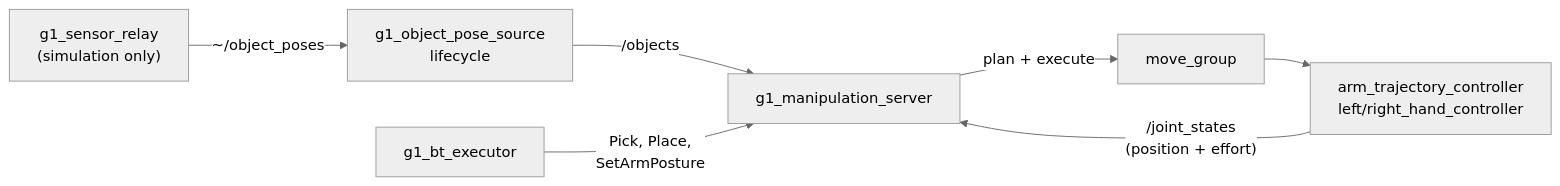
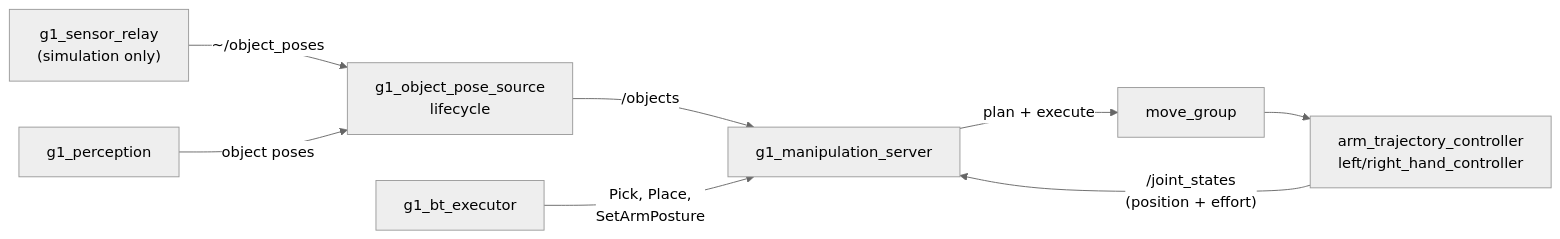
One commit to Adyansh04/grove-g1 changed the diagram in workspace/src/g1_manipulation/README.md. Above: the diagram before and after it, drawn with Mermaid (neutral theme). The commit also changed other lines of this file and 11 other files, not shown here.

````diff
--- a/workspace/src/g1_manipulation/README.md
+++ b/workspace/src/g1_manipulation/README.md
@@ -8,9 +6,10 @@
 ```mermaid
 flowchart LR
     REL["g1_sensor_relay<br/>(simulation only)"] -- "~/object_poses" --> SRC
+    PER["g1_perception"] -- "object poses" --> SRC
     SRC["g1_object_pose_source<br/>lifecycle"] -- "/objects" --> SRV
     BT["g1_bt_executor"] -- "Pick, Place,<br/>SetArmPosture" --> SRV
     SRV["g1_manipulation_server"] -- "plan + execute" --> MG["move_group"]
     MG --> JTC["arm_trajectory_controller<br/>left/right_hand_controller"]
     JTC -- "/joint_states<br/>(position + effort)" --> SRV
 ```
````
